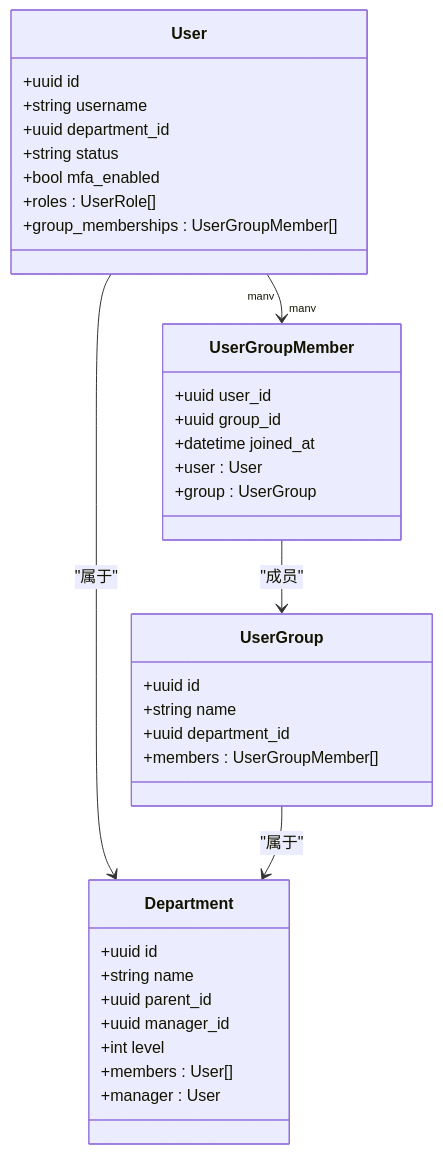
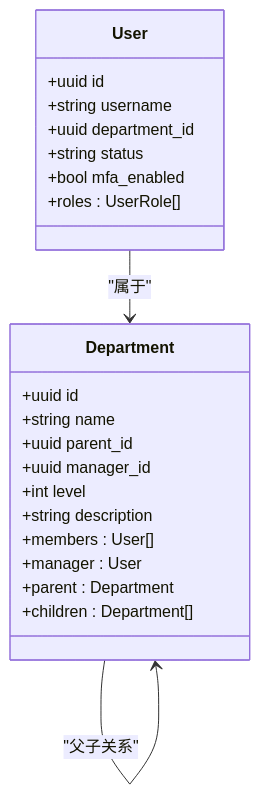
The fifth of 11 diagrams in .qoder/repowiki/zh/content/企业功能/RBAC 权限系统.md (joezxh/CoPaw), drawn with Mermaid before and after one commit. The commit also changed other lines of this file and 20 other files, not shown here.

````diff
--- a/.qoder/repowiki/zh/content/企业功能/RBAC 权限系统.md
+++ b/.qoder/repowiki/zh/content/企业功能/RBAC 权限系统.md
@@ -234,38 +268,25 @@
 ```mermaid
 classDiagram
 class User {
 +uuid id
 +string username
 +uuid department_id
 +string status
 +bool mfa_enabled
 +roles : UserRole[]
-+group_memberships : UserGroupMember[]
-}
-class UserGroup {
-+uuid id
-+string name
-+uuid department_id
-+members : UserGroupMember[]
-}
-class UserGroupMember {
-+uuid user_id
-+uuid group_id
-+datetime joined_at
-+user : User
-+group : UserGroup
 }
 class Department {
 +uuid id
 +string name
 +uuid parent_id
 +uuid manager_id
 +int level
++string description
 +members : User[]
 +manager : User
++parent : Department
++children : Department[]
 }
 User --> Department : "属于"
-UserGroup --> Department : "属于"
-User "many" --> "many" UserGroupMember
-UserGroupMember --> UserGroup : "成员"
+Department --> Department : "父子关系"
 ```
````
